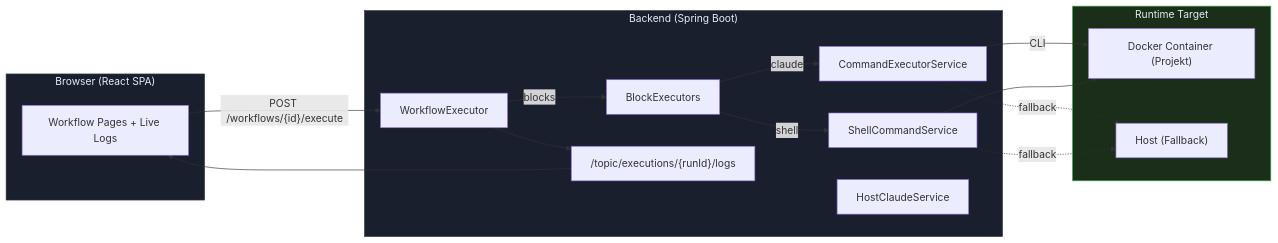
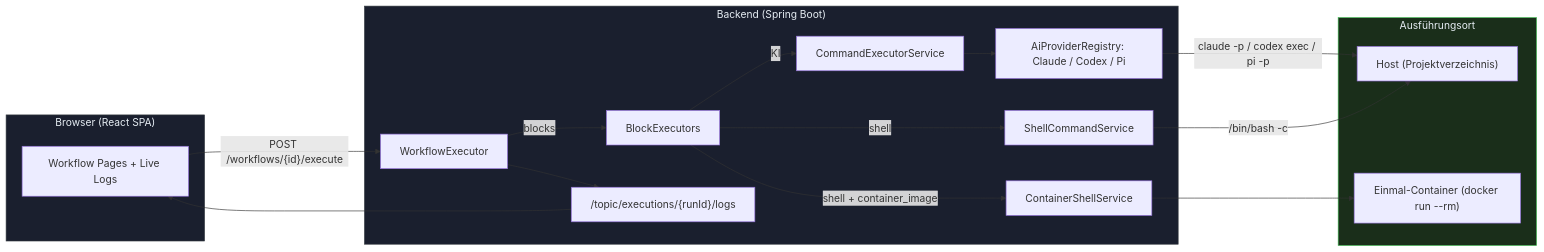
One commit to FLSEST/MySuricates changed the first of 5 diagrams in docs/workflow-engine-diagrams.md. Above: the diagram before and after it, drawn with Mermaid. The commit also changed other lines of this file and 4 other files, not shown here.

First line of the commit message:
docs(diagramme): Engine page shows provider routing, host execution and the current block matrix

````diff
--- a/docs/workflow-engine-diagrams.md
+++ b/docs/workflow-engine-diagrams.md
@@ -9,35 +9,37 @@
 ```mermaid
 flowchart LR
     subgraph Browser["Browser (React SPA)"]
         UI["Workflow Pages + Live Logs"]
     end
 
     subgraph Backend["Backend (Spring Boot)"]
         WE["WorkflowExecutor"]
         BE["BlockExecutors"]
         CES["CommandExecutorService"]
+        HCL["AiProviderRegistry: Claude / Codex / Pi"]
         SCS["ShellCommandService"]
-        HCL["HostClaudeService"]
+        CSS["ContainerShellService"]
         WS["/topic/executions/{runId}/logs"]
     end
 
-    subgraph Runtime["Runtime Target"]
-        CON["Docker Container (Projekt)"]
-        HOST["Host (Fallback)"]
+    subgraph Runtime["Ausführungsort"]
+        HOST["Host (Projektverzeichnis)"]
+        CON["Einmal-Container (docker run --rm)"]
     end
 
     UI -->|"POST /workflows/{id}/execute"| WE
     WE -->|"blocks"| BE
-    BE -->|"claude"| CES
+    BE -->|"KI"| CES
+    CES --> HCL
+    HCL -->|"claude -p / codex exec / pi -p"| HOST
     BE -->|"shell"| SCS
-    CES -->|"CLI"| CON
-    SCS --> CON
-    CES -.fallback.-> HOST
-    SCS -.fallback.-> HOST
+    SCS -->|"/bin/bash -c"| HOST
+    BE -->|"shell + container_image"| CSS
+    CSS --> CON
     WE --> WS
     WS --> UI
 
     style Browser fill:#1a1f2e,stroke:#30363d,color:#e6edf3
     style Backend fill:#1a1f2e,stroke:#30363d,color:#e6edf3
     style Runtime fill:#1a2e1a,stroke:#3fb950,color:#e6edf3
 ```
````
